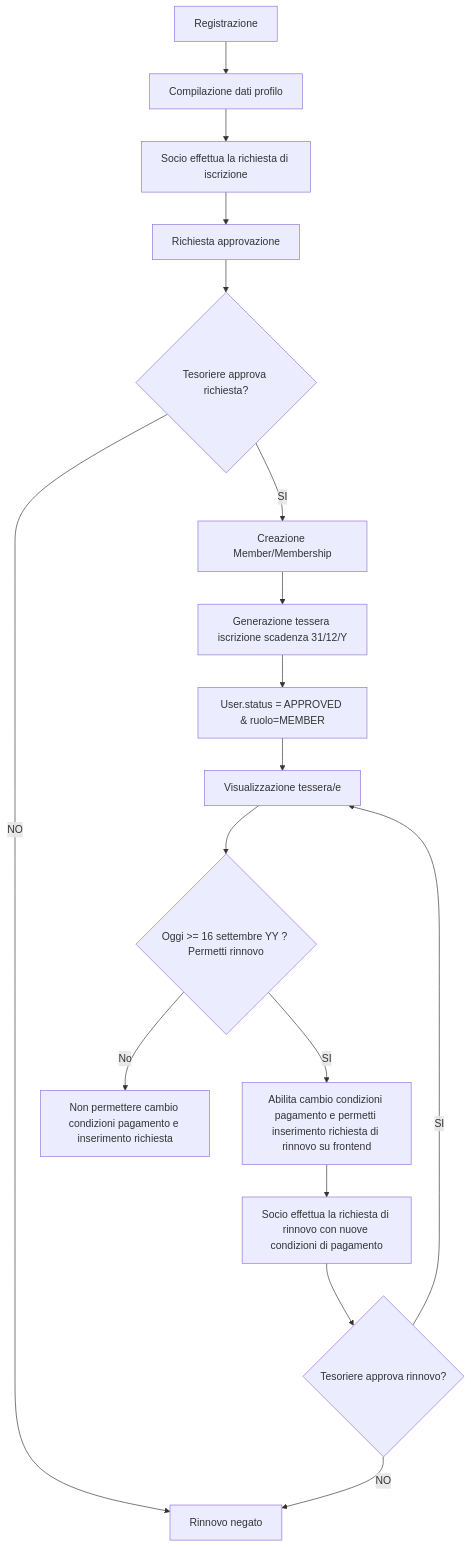
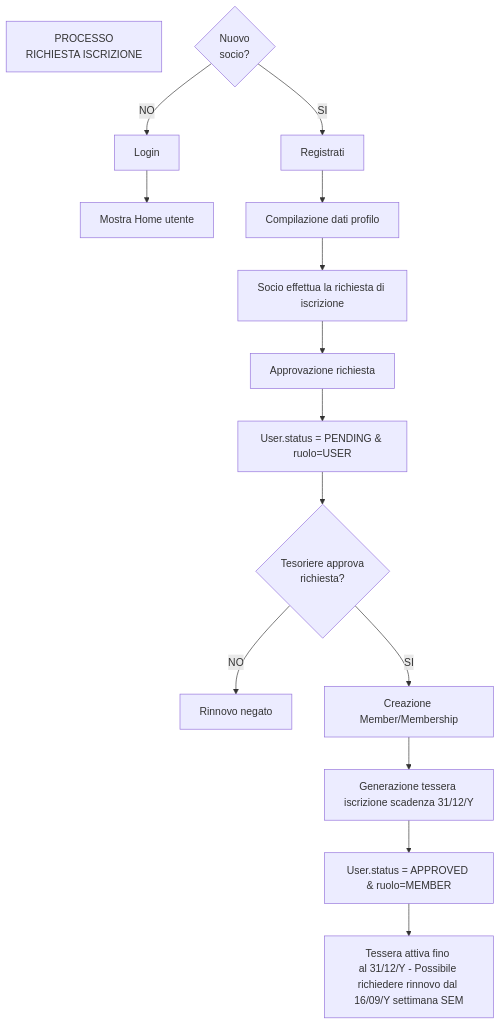
The first of 3 diagrams in frontend/aps-frontend/src/pages/manuale_utente.md (gioradicci/noprofit4us), drawn with Mermaid before and after one commit. The commit also changed other lines of this file and 3 other files, not shown here.

````diff
--- a/frontend/aps-frontend/src/pages/manuale_utente.md
+++ b/frontend/aps-frontend/src/pages/manuale_utente.md
@@ -97,20 +68,23 @@
 ```mermaid
 flowchart TD
-		A[Registrazione] --> B[Compilazione dati profilo]
+    A0[PROCESSO 
+RICHIESTA ISCRIZIONE]
+    A1{Nuovo 
+socio?}
+    A1 --> |SI|A3
+    A1 --> |NO|A2
+        A2[Login] --> H1[Mostra Home utente]
+		A3[Registrati] --> B[Compilazione dati profilo]
 		B --> C1[Socio effettua la richiesta di iscrizione]
-		C1 -->D[Richiesta approvazione]
-		D --> E{Tesoriere approva richiesta?}
-		E --> |NO|Z[Rinnovo negato]
+		C1 -->D[Approvazione richiesta]
+		D --> D1[User.status = PENDING & ruolo=USER]
+        D1 --> E{Tesoriere approva
+ richiesta?}
+		E --> |NO|Y[Rinnovo negato]
 		E --> |SI|F[Creazione Member/Membership]
 		F --> G[Generazione tessera iscrizione scadenza 31/12/Y]
-		G --> H1[User.status = APPROVED & ruolo=MEMBER]
-		H1 --> I[Visualizzazione tessera/e]
-		I --> J{Oggi >= 16 settembre YY ? Permetti rinnovo}
-		J -->|No| O[Non permettere cambio condizioni pagamento e inserimento richiesta]
-		J -->|SI| K[Abilita cambio condizioni pagamento e permetti inserimento richiesta di rinnovo su frontend]
-		K --> K2[Socio effettua la richiesta di rinnovo con nuove condizioni di pagamento]
-		K2 --> K4{Tesoriere approva rinnovo?}
-		K4 --> |NO|Z[Rinnovo negato]
-		K4 -->|SI|I
+		G --> H[User.status = APPROVED & ruolo=MEMBER]
+        H --> I[Tessera attiva fino 
+al 31/12/Y - Possibile richiedere rinnovo dal 16/09/Y settimana SEM]
 
 ```
````
